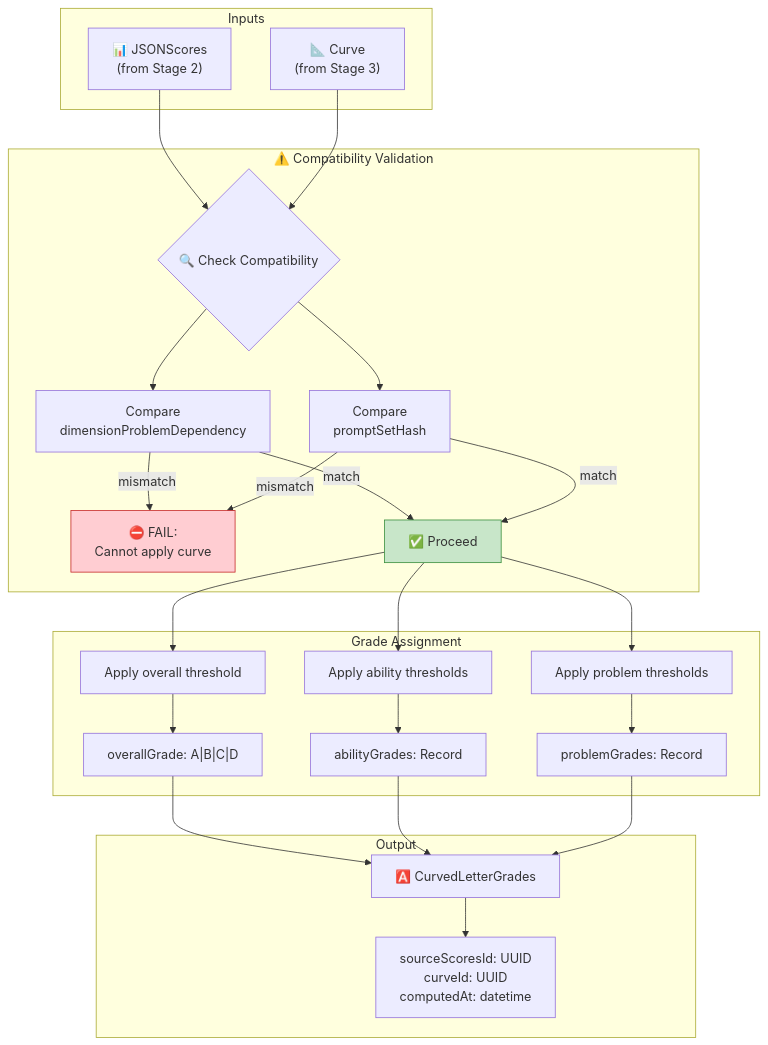
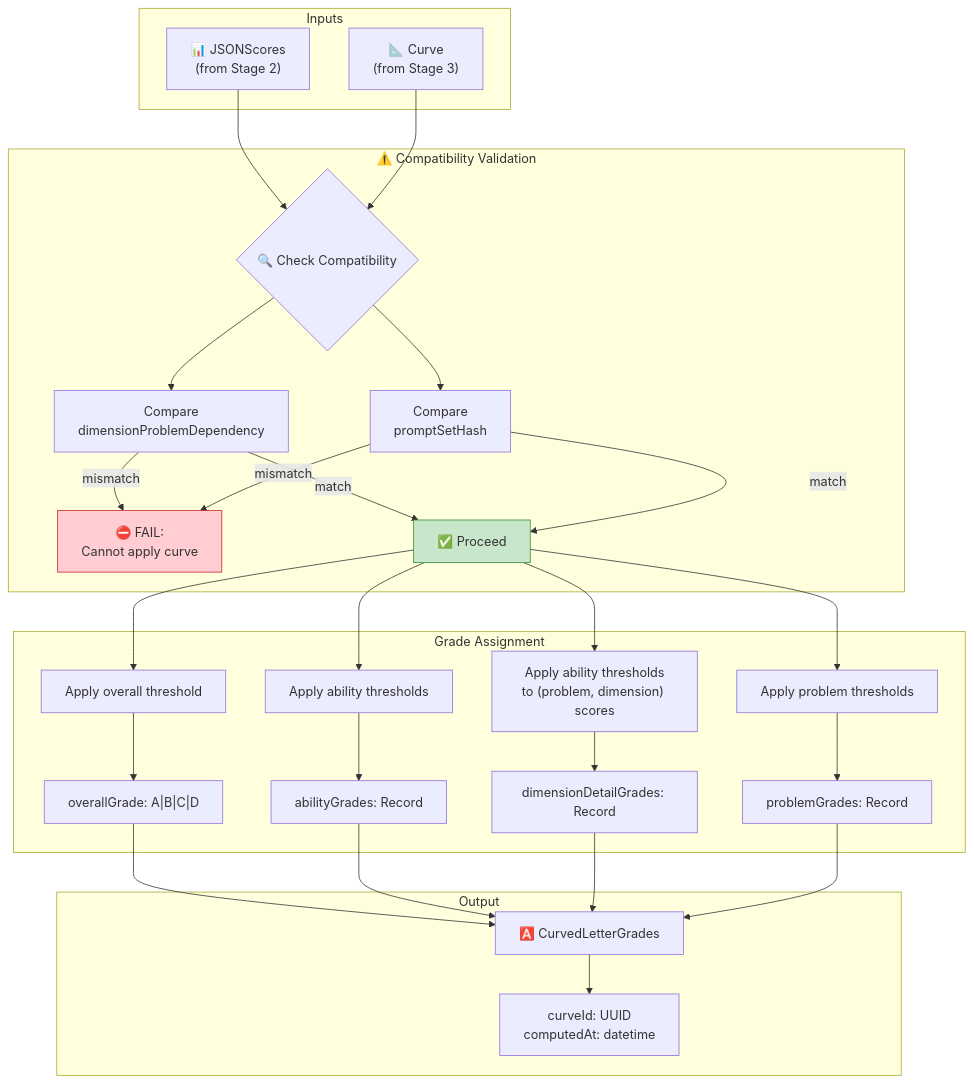
The seventh of 15 diagrams in score-post-llm-pipeline/schema-v1/pipeline-flow.md (paideia-ai/tech-doc-axiia), drawn with Mermaid before and after one commit. The commit also changed other lines of this file and 3 other files, not shown here.

Commit message:
schema-v1: align JSONScores and grade provenance

````diff
--- a/score-post-llm-pipeline/schema-v1/pipeline-flow.md
+++ b/score-post-llm-pipeline/schema-v1/pipeline-flow.md
@@ -258,37 +267,40 @@
 ```mermaid
 flowchart TB
     subgraph Inputs["Inputs"]
         JS["📊 JSONScores<br/>(from Stage 2)"]
         C["📐 Curve<br/>(from Stage 3)"]
     end
 
     subgraph Validation["⚠️ Compatibility Validation"]
         JS --> Check{"🔍 Check Compatibility"}
         C --> Check
         Check --> V1["Compare<br/>dimensionProblemDependency"]
         Check --> V2["Compare<br/>promptSetHash"]
         V1 --> |"mismatch"| Fail["⛔ FAIL:<br/>Cannot apply curve"]
         V2 --> |"mismatch"| Fail
         V1 --> |"match"| Pass["✅ Proceed"]
         V2 --> |"match"| Pass
     end
 
     subgraph Application["Grade Assignment"]
         Pass --> ApplyOverall["Apply overall threshold"]
         Pass --> ApplyAbility["Apply ability thresholds"]
+        Pass --> ApplyDimensionDetail["Apply ability thresholds<br/>to (problem, dimension) scores"]
         Pass --> ApplyProblem["Apply problem thresholds"]
         ApplyOverall --> OG["overallGrade: A|B|C|D"]
         ApplyAbility --> AG["abilityGrades: Record"]
+        ApplyDimensionDetail --> DG["dimensionDetailGrades: Record"]
         ApplyProblem --> PG["problemGrades: Record"]
     end
 
     subgraph Output["Output"]
         OG --> CLG["🅰️ CurvedLetterGrades"]
         AG --> CLG
+        DG --> CLG
         PG --> CLG
-        CLG --> Meta["sourceScoresId: UUID<br/>curveId: UUID<br/>computedAt: datetime"]
+        CLG --> Meta["curveId: UUID<br/>computedAt: datetime"]
     end
 
     style Fail fill:#ffcdd2,stroke:#c62828
     style Pass fill:#c8e6c9,stroke:#388e3c
 ```
````
